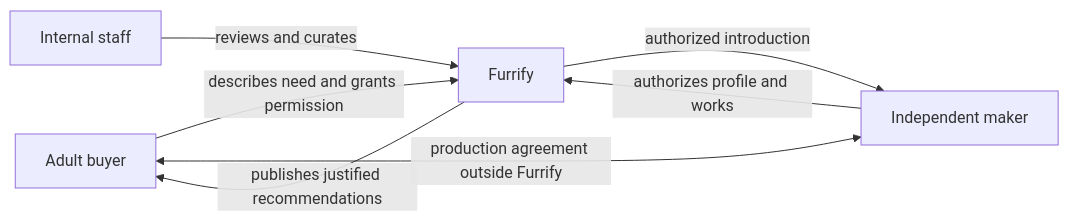
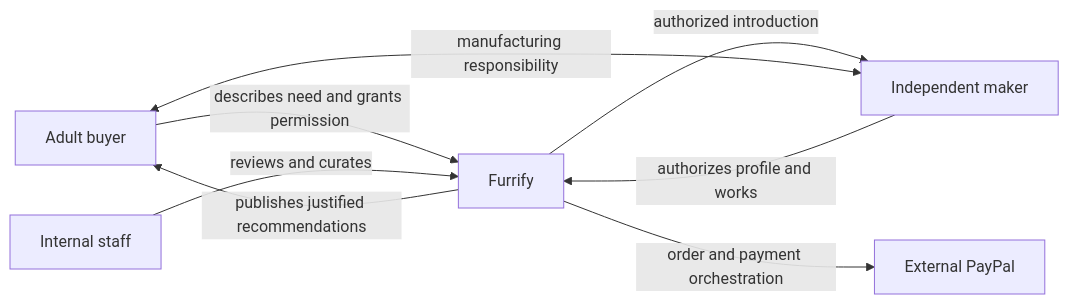
The second of 5 diagrams in docs/architecture/overview.es.md (SnakeGuitar/furrify), drawn with Mermaid before and after one commit. The commit also changed other lines of this file and 27 other files, not shown here.

````diff
--- a/docs/architecture/overview.es.md
+++ b/docs/architecture/overview.es.md
@@ -25,9 +27,10 @@
 ```mermaid
 flowchart LR
  Buyer[Adult buyer] -->|describes need and grants permission| Furrify
  Staff[Internal staff] -->|reviews and curates| Furrify
  Maker[Independent maker] -->|authorizes profile and works| Furrify
  Furrify -->|publishes justified recommendations| Buyer
  Furrify -->|authorized introduction| Maker
- Buyer <-->|production agreement outside Furrify| Maker
+ Buyer <-->|manufacturing responsibility| Maker
+ Furrify -->|order and payment orchestration| PayPal[External PayPal]
 ```
````
